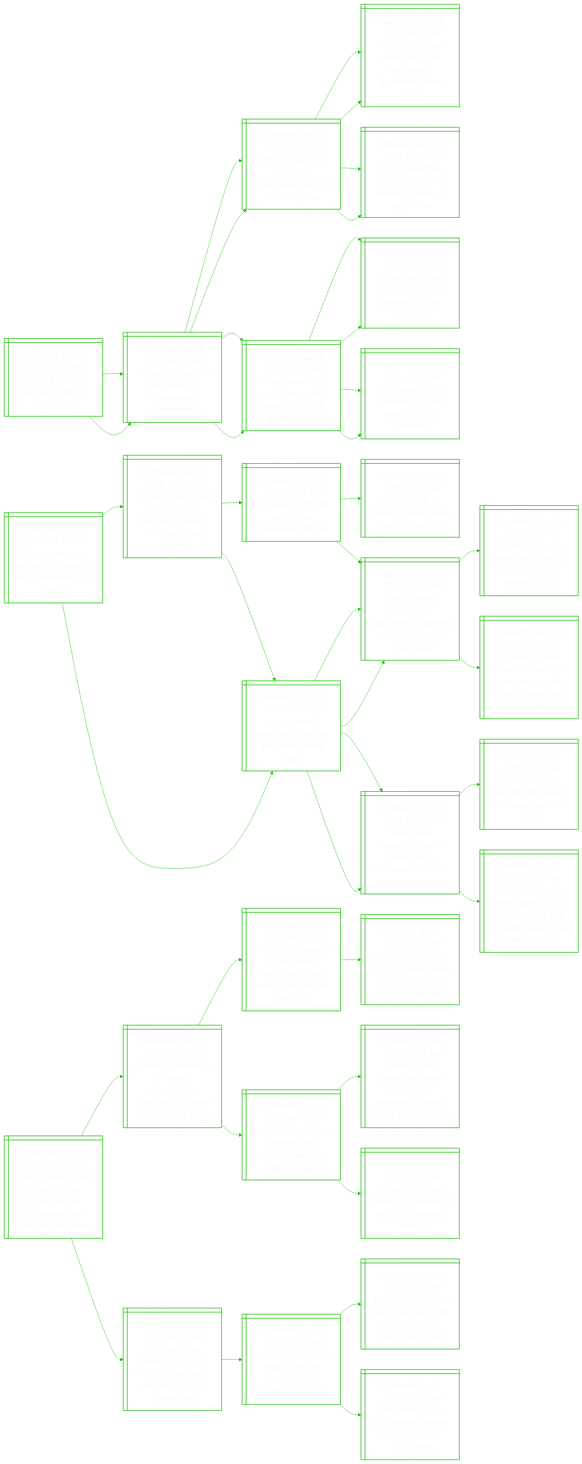
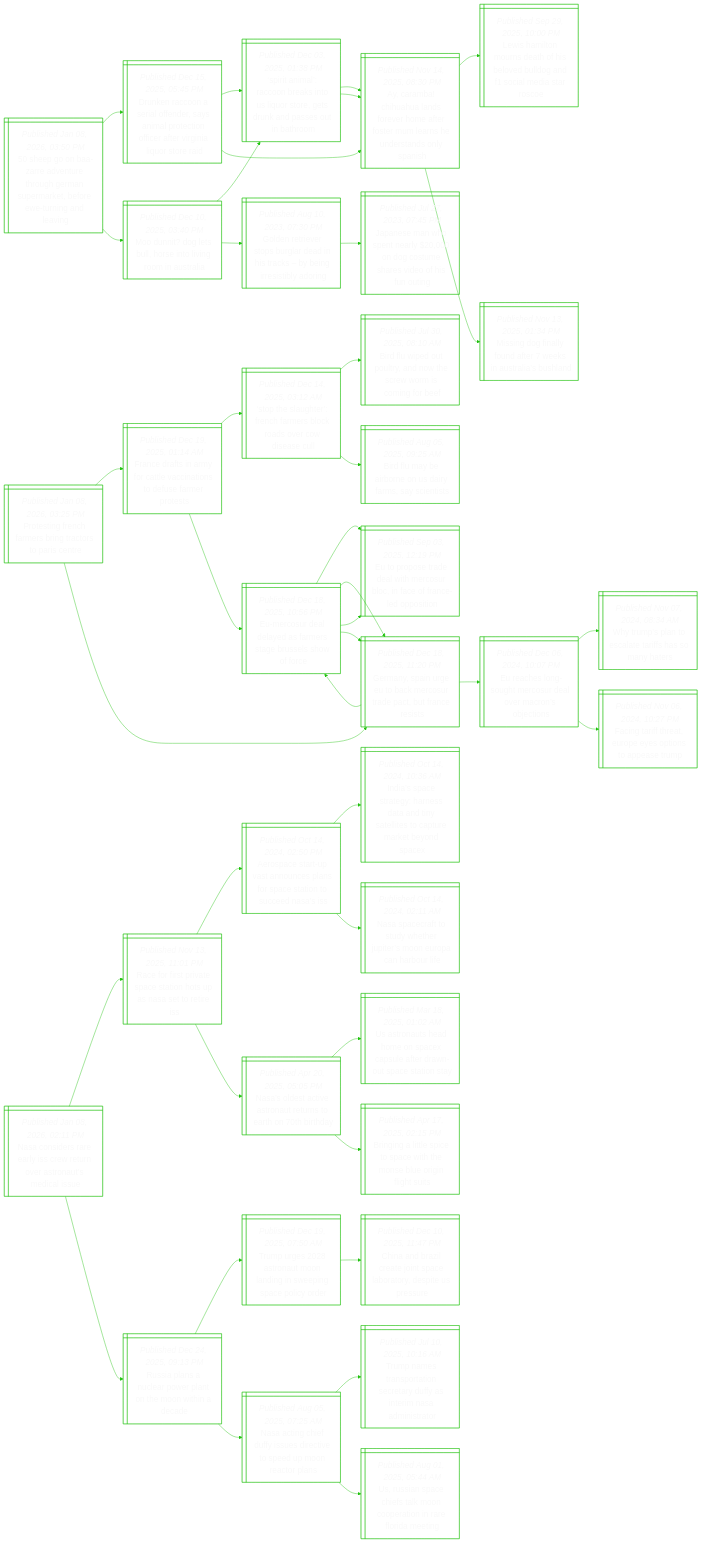
The diagram in README.md (notJmes/notJmes), drawn with Mermaid before and after one commit. The commit also changed other lines of this file, not shown here.

````diff
--- a/README.md
+++ b/README.md
@@ -16,130 +16,130 @@
 flowchart LR
 classDef txtsize font-size:20px;
 
-WsNayelo@{ shape: win-pane, label: "_Published Jan 08, 2026, 11:50 AM_
-What is the unfccc and why is the us pulling out?" }
-TwrSdsttlni@{ shape: win-pane, label: "_Published Jan 08, 2026, 06:46 AM_
-Trump withdraws us from dozens of international organisations" }
-WHdWTOiomodu@{ shape: win-pane, label: "_Published Sep 04, 2025, 09:05 AM_
-White house drops world trade organisation from list of funding cuts" }
-Frhtsbusoomr@{ shape: win-pane, label: "_Published Sep 04, 2025, 08:26 AM_
-Fed survey shows strains felt by us businesses, households amid tariffs" }
-Tufcladegsdl@{ shape: win-pane, label: "_Published Sep 04, 2025, 05:15 AM_
-Trump unlawfully cancelled harvard’s research grants, us judge rules" }
-Tbsregderts@{ shape: win-pane, label: "_Published Sep 24, 2025, 12:57 AM_
-Trump blasts un for not helping us-led peace efforts, but backs it 100%" }
-TtUtaastogl@{ shape: win-pane, label: "_Published Sep 24, 2025, 12:17 AM_
-Trump tells un that climate change is ‘greatest con job’ globally" }
-TwdrcWlytic@{ shape: win-pane, label: "_Published Sep 23, 2025, 11:37 PM_
-Trump warns drug traffickers: ‘we will blow you out of existence’" }
-TwrSdsttlni@{ shape: win-pane, label: "_Published Jan 08, 2026, 06:46 AM_
-Trump withdraws us from dozens of international organisations" }
-WHdWTOiomodu@{ shape: win-pane, label: "_Published Sep 04, 2025, 09:05 AM_
-White house drops world trade organisation from list of funding cuts" }
-Frhtsbusoomr@{ shape: win-pane, label: "_Published Sep 04, 2025, 08:26 AM_
-Fed survey shows strains felt by us businesses, households amid tariffs" }
-Tufcladegsdl@{ shape: win-pane, label: "_Published Sep 04, 2025, 05:15 AM_
-Trump unlawfully cancelled harvard’s research grants, us judge rules" }
-Tbsregderts@{ shape: win-pane, label: "_Published Sep 24, 2025, 12:57 AM_
-Trump blasts un for not helping us-led peace efforts, but backs it 100%" }
-TtUtaastogl@{ shape: win-pane, label: "_Published Sep 24, 2025, 12:17 AM_
-Trump tells un that climate change is ‘greatest con job’ globally" }
-TwdrcWlytic@{ shape: win-pane, label: "_Published Sep 23, 2025, 11:37 PM_
-Trump warns drug traffickers: ‘we will blow you out of existence’" }
+sgareeuruabeugeg@{ shape: win-pane, label: "_Published Jan 08, 2026, 03:50 PM_
+50 sheep go on baa-zarre adventure through german supermarket, before ewe-turning and leaving" }
+Decslnairtfrriisr@{ shape: win-pane, label: "_Published Dec 15, 2025, 05:45 PM_
+Drunken raccoon a serial offender, says animal protection officer after virginia liquor store raid" }
+StacriSorskaobo@{ shape: win-pane, label: "_Published Dec 03, 2025, 01:38 PM_
+‘spirit animal’: raccoon breaks into us liquor store, gets drunk and passes out in bathroom" }
+Aahhnrhfomaerdyi@{ shape: win-pane, label: "_Published Nov 14, 2025, 08:30 PM_
+Ay, caramba! chihuahua lands forever home after foster mum learns he understands only spanish" }
+Aahhnrhfomaerdyi@{ shape: win-pane, label: "_Published Nov 14, 2025, 08:30 PM_
+Ay, caramba! chihuahua lands forever home after foster mum learns he understands only spanish" }
+LHtuefedddidac@{ shape: win-pane, label: "_Published Sep 29, 2025, 10:00 PM_
+Lewis hamilton mourns death of his beloved bulldog and f1 social media star roscoe" }
+Mnflnekulun@{ shape: win-pane, label: "_Published Nov 13, 2025, 01:34 PM_
+Missing dog finally found after 7 weeks in australia’s bushland" }
+Mnoshiirnr@{ shape: win-pane, label: "_Published Dec 10, 2025, 03:40 PM_
+Moo dunnit? dog lets bull, horse into living room in australia" }
+StacriSorskaobo@{ shape: win-pane, label: "_Published Dec 03, 2025, 01:38 PM_
+‘spirit animal’: raccoon breaks into us liquor store, gets drunk and passes out in bathroom" }
+Aahhnrhfomaerdyi@{ shape: win-pane, label: "_Published Nov 14, 2025, 08:30 PM_
+Ay, caramba! chihuahua lands forever home after foster mum learns he understands only spanish" }
+Gnisbadskersyi@{ shape: win-pane, label: "_Published Aug 10, 2023, 07:30 PM_
+Golden retriever stops burglar dead in his tracks – by being irresistibly adoring" }
+Jenpeocmrdhnn@{ shape: win-pane, label: "_Published Jul 27, 2023, 07:45 PM_
+Japanese man who spent nearly $20,000 on dog costume shares video of his fun outing" }
 
-WsNayelo:::txtsize --> TwrSdsttlni:::txtsize
-TwrSdsttlni:::txtsize --> WHdWTOiomodu:::txtsize
-WHdWTOiomodu:::txtsize --> Frhtsbusoomr:::txtsize
-WHdWTOiomodu:::txtsize --> Tufcladegsdl:::txtsize
-TwrSdsttlni:::txtsize --> Tbsregderts:::txtsize
-Tbsregderts:::txtsize --> TtUtaastogl:::txtsize
-Tbsregderts:::txtsize --> TwdrcWlytic:::txtsize
-WsNayelo:::txtsize --> TwrSdsttlni:::txtsize
-TwrSdsttlni:::txtsize --> WHdWTOiomodu:::txtsize
-WHdWTOiomodu:::txtsize --> Frhtsbusoomr:::txtsize
-WHdWTOiomodu:::txtsize --> Tufcladegsdl:::txtsize
-TwrSdsttlni:::txtsize --> Tbsregderts:::txtsize
-Tbsregderts:::txtsize --> TtUtaastogl:::txtsize
-Tbsregderts:::txtsize --> TwdrcWlytic:::txtsize
+sgareeuruabeugeg:::txtsize --> Decslnairtfrriisr:::txtsize
+Decslnairtfrriisr:::txtsize --> StacriSorskaobo:::txtsize
+StacriSorskaobo:::txtsize --> Aahhnrhfomaerdyi:::txtsize
+Decslnairtfrriisr:::txtsize --> Aahhnrhfomaerdyi:::txtsize
+Aahhnrhfomaerdyi:::txtsize --> LHtuefedddidac:::txtsize
+Aahhnrhfomaerdyi:::txtsize --> Mnflnekulun:::txtsize
+sgareeuruabeugeg:::txtsize --> Mnoshiirnr:::txtsize
+Mnoshiirnr:::txtsize --> StacriSorskaobo:::txtsize
+StacriSorskaobo:::txtsize --> Aahhnrhfomaerdyi:::txtsize
+Mnoshiirnr:::txtsize --> Gnisbadskersyi:::txtsize
+Gnisbadskersyi:::txtsize --> Jenpeocmrdhnn:::txtsize
 
-RaUzfaieaeli@{ shape: win-pane, label: "_Published Jan 08, 2026, 11:33 AM_
-Russia says us seizure of oil tanker is illegal, lawmaker calls it piracy" }
-Uznlksfetrrspi@{ shape: win-pane, label: "_Published Jan 07, 2026, 10:41 PM_
-Us seizes venezuela-linked, russian-flagged oil tanker after weeks-long pursuit" }
-Ustonenlis@{ shape: win-pane, label: "_Published Dec 21, 2025, 11:56 PM_
-Us pursuing third oil tanker near venezuela: officials" }
-Uettreeofay@{ shape: win-pane, label: "_Published Dec 21, 2025, 12:31 AM_
-Us intercepts oil tanker off venezuelan coast, officials say" }
-Toskftdasitgz@{ shape: win-pane, label: "_Published Dec 17, 2025, 08:34 AM_
-Trump orders blockade of sanctioned oil tankers leaving, entering venezuela" }
-UtVuMorkms@{ shape: win-pane, label: "_Published Jan 03, 2026, 02:58 PM_
-Us captured venezuela’s maduro after strike, trump says" }
-Vuoilranhibai@{ shape: win-pane, label: "_Published Oct 10, 2025, 05:02 PM_
-Venezuelan opposition leader maria corina machado wins 2025 nobel peace prize" }
-Toskftdasitgz@{ shape: win-pane, label: "_Published Dec 17, 2025, 08:34 AM_
-Trump orders blockade of sanctioned oil tankers leaving, entering venezuela" }
-UtVuMorkms@{ shape: win-pane, label: "_Published Jan 03, 2026, 02:58 PM_
-Us captured venezuela’s maduro after strike, trump says" }
-Vuoilranhibai@{ shape: win-pane, label: "_Published Oct 10, 2025, 05:02 PM_
-Venezuelan opposition leader maria corina machado wins 2025 nobel peace prize" }
-TsonoeroelS@{ shape: win-pane, label: "_Published Oct 01, 2025, 05:12 AM_
-Trump says not winning nobel peace prize would be ‘insult’ to us" }
-TssHaossaaorslaoe@{ shape: win-pane, label: "_Published Oct 09, 2025, 05:09 AM_
-Trump says israel, hamas agree on first phase of gaza deal, allowing release of all israeli hostages" }
-Toskftdasitgz@{ shape: win-pane, label: "_Published Dec 17, 2025, 08:34 AM_
-Trump orders blockade of sanctioned oil tankers leaving, entering venezuela" }
-Uistitktvlanf@{ shape: win-pane, label: "_Published Dec 16, 2025, 11:09 AM_
-Us military says it carried out strikes on three vessels in eastern pacific" }
-Uznenltrwtphoon@{ shape: win-pane, label: "_Published Dec 13, 2025, 11:10 AM_
-Us seized tanker near venezuela just as warrant was set to expire, shows court document" }
+PsFheiasrn@{ shape: win-pane, label: "_Published Jan 08, 2026, 03:25 PM_
+Protesting french farmers bring tractors to paris centre" }
+Fetrrlciosmos@{ shape: win-pane, label: "_Published Dec 19, 2025, 01:14 AM_
+France drafts in army for cattle vaccinations to defuse farmer protests" }
+Shurcmlovwal@{ shape: win-pane, label: "_Published Dec 14, 2025, 03:12 AM_
+‘stop the slaughter’: french farmers block roads over cow disease cull" }
+Bleprnewiir@{ shape: win-pane, label: "_Published Jul 30, 2025, 08:10 AM_
+Bird flu wiped out poultry, and now the screw worm is coming for beef" }
+Blbboaaaet@{ shape: win-pane, label: "_Published Aug 05, 2025, 09:25 AM_
+Bird flu may be airborne on us dairy farms, say scientists" }
+EcdedrsBeoo@{ shape: win-pane, label: "_Published Dec 18, 2025, 10:56 PM_
+Eu-mercosur deal delayed as farmers stage brussels show of force" }
+Ereeweuccrlpi@{ shape: win-pane, label: "_Published Sep 03, 2025, 12:19 PM_
+Eu to propose trade deal with mercosur bloc, in face of france-led opposition" }
+Gniebeudtrrt@{ shape: win-pane, label: "_Published Dec 18, 2025, 11:20 PM_
+Germany, spain urge eu to back mercosur trade pact, but france resists" }
+Gniebeudtrrt@{ shape: win-pane, label: "_Published Dec 18, 2025, 11:20 PM_
+Germany, spain urge eu to back mercosur trade pact, but france resists" }
+EcdedrsBeoo@{ shape: win-pane, label: "_Published Dec 18, 2025, 10:56 PM_
+Eu-mercosur deal delayed as farmers stage brussels show of force" }
+Ereeweuccrlpi@{ shape: win-pane, label: "_Published Sep 03, 2025, 12:19 PM_
+Eu to propose trade deal with mercosur bloc, in face of france-led opposition" }
+Gniebeudtrrt@{ shape: win-pane, label: "_Published Dec 18, 2025, 11:20 PM_
+Germany, spain urge eu to back mercosur trade pact, but france resists" }
+EcoueulMnen@{ shape: win-pane, label: "_Published Dec 06, 2024, 10:07 PM_
+Eu reaches long-sought mercosur deal over macron’s objections" }
+Wulearhma@{ shape: win-pane, label: "_Published Nov 07, 2024, 08:34 AM_
+Why trump’s plan to escalate tariffs has so many haters" }
+Fgferytter@{ shape: win-pane, label: "_Published Nov 06, 2024, 10:27 PM_
+Facing tariff threat, europe eyes options to appease trump" }
 
-RaUzfaieaeli:::txtsize --> Uznlksfetrrspi:::txtsize
-Uznlksfetrrspi:::txtsize --> Ustonenlis:::txtsize
-Ustonenlis:::txtsize --> Uettreeofay:::txtsize
-Ustonenlis:::txtsize --> Toskftdasitgz:::txtsize
-Uznlksfetrrspi:::txtsize --> UtVuMorkms:::txtsize
-UtVuMorkms:::txtsize --> Vuoilranhibai:::txtsize
-UtVuMorkms:::txtsize --> Toskftdasitgz:::txtsize
-RaUzfaieaeli:::txtsize --> UtVuMorkms:::txtsize
-UtVuMorkms:::txtsize --> Vuoilranhibai:::txtsize
-Vuoilranhibai:::txtsize --> TsonoeroelS:::txtsize
-Vuoilranhibai:::txtsize --> TssHaossaaorslaoe:::txtsize
-UtVuMorkms:::txtsize --> Toskftdasitgz:::txtsize
-Toskftdasitgz:::txtsize --> Uistitktvlanf:::txtsize
-Toskftdasitgz:::txtsize --> Uznenltrwtphoon:::txtsize
+PsFheiasrn:::txtsize --> Fetrrlciosmos:::txtsize
+Fetrrlciosmos:::txtsize --> Shurcmlovwal:::txtsize
+Shurcmlovwal:::txtsize --> Bleprnewiir:::txtsize
+Shurcmlovwal:::txtsize --> Blbboaaaet:::txtsize
+Fetrrlciosmos:::txtsize --> EcdedrsBeoo:::txtsize
+EcdedrsBeoo:::txtsize --> Ereeweuccrlpi:::txtsize
+EcdedrsBeoo:::txtsize --> Gniebeudtrrt:::txtsize
+PsFheiasrn:::txtsize --> Gniebeudtrrt:::txtsize
+Gniebeudtrrt:::txtsize --> EcdedrsBeoo:::txtsize
+EcdedrsBeoo:::txtsize --> Ereeweuccrlpi:::txtsize
+EcdedrsBeoo:::txtsize --> Gniebeudtrrt:::txtsize
+Gniebeudtrrt:::txtsize --> EcoueulMnen:::txtsize
+EcoueulMnen:::txtsize --> Wulearhma:::txtsize
+EcoueulMnen:::txtsize --> Fgferytter:::txtsize
 
-ChdleUgicttiimp@{ shape: win-pane, label: "_Published Jan 08, 2026, 10:52 AM_
-China hacked e-mail systems of us congressional committee staff: financial times report" }
-Cseanarueainio@{ shape: win-pane, label: "_Published Jan 05, 2026, 12:10 PM_
-Chinese cyberattacks on taiwan infrastructure averaged 2.6 million a day in 2025: report" }
-Hirgripihaaado@{ shape: win-pane, label: "_Published Jul 19, 2025, 04:45 PM_
-How china’s growing cyber-hacking capabilities have raised alarm around the world" }
-Ccfrrpntbeiepm@{ shape: win-pane, label: "_Published Jul 18, 2025, 07:34 PM_
-Critical infrastructure in s’pore under attack by cyber espionage group: shanmugam" }
-Tncshercroel@{ shape: win-pane, label: "_Published Oct 14, 2025, 04:45 PM_
-Taiwan detects rise in chinese cyber attacks, warns of ‘online troll army’" }
-Cseanaenrmoyp@{ shape: win-pane, label: "_Published Jan 06, 2025, 01:21 PM_
-Chinese cyber attacks on taiwan government averaged 2.4 million a day in 2024: report" }
-Cosrdhraeama@{ shape: win-pane, label: "_Published Jun 05, 2025, 09:11 AM_
-China offers cash rewards for hackers it says are taiwanese military" }
-Cskcucroibedd@{ shape: win-pane, label: "_Published Dec 05, 2025, 06:10 AM_
-Chinese-linked hackers use back door for potential ‘sabotage’, us and canada say" }
-HriIacsadlas@{ shape: win-pane, label: "_Published Nov 25, 2025, 07:40 AM_
-Hackers strike us ivy league schools already under political pressure" }
-Jemecmemtsbil@{ shape: win-pane, label: "_Published Oct 23, 2025, 11:30 AM_
-Japanese companies brace themselves for more attacks as cybercrimes climb" }
-CsaUeodoetis@{ shape: win-pane, label: "_Published Jul 30, 2025, 08:00 AM_
-China sees gaps in us defences, ousted national security official says" }
+Noerlceosaele@{ shape: win-pane, label: "_Published Jan 08, 2026, 02:11 PM_
+Nasa considers rare early iss crew return over astronaut’s medical issue" }
+RosvptnuattS@{ shape: win-pane, label: "_Published Nov 13, 2025, 11:01 PM_
+Race for first private space station hots up as nasa set to retire iss" }
+AptpanloctoesS@{ shape: win-pane, label: "_Published Oct 14, 2024, 02:50 PM_
+Aerospace start-up vast announces plans for space station to succeed nasa’s iss" }
+Isetasaneeaeeoa@{ shape: win-pane, label: "_Published Oct 14, 2024, 10:36 AM_
+India’s space strategy: harness data and tiny satellites to capture market beyond spacex" }
+NproyhpsEaar@{ shape: win-pane, label: "_Published Oct 14, 2024, 02:11 AM_
+Nasa spacecraft to study whether jupiter’s moon europa can harbour life" }
+NotvrtrEoia@{ shape: win-pane, label: "_Published Apr 20, 2025, 05:05 PM_
+Nasa’s oldest active astronaut returns to earth on 70th birthday" }
+Urtdocpadoaas@{ shape: win-pane, label: "_Published Mar 18, 2025, 01:02 AM_
+Us astronauts head home on spacex capsule after drawn-out space station stay" }
+Biistcholils@{ shape: win-pane, label: "_Published Apr 17, 2025, 02:15 PM_
+Bringing a little spice to space with the monse blue origin flight suits" }
+Raslolnotde@{ shape: win-pane, label: "_Published Dec 24, 2025, 09:13 PM_
+Russia plans a nuclear power plant on the moon within a decade" }
+Tuanoniespyr@{ shape: win-pane, label: "_Published Dec 19, 2025, 07:50 AM_
+Trump urges 2028 astronaut moon landing in sweeping space policy order" }
+Caarjsladtrr@{ shape: win-pane, label: "_Published Dec 10, 2025, 11:47 PM_
+China and brazil create joint space laboratory, despite us pressure" }
+NccDiscteoap@{ shape: win-pane, label: "_Published Aug 05, 2025, 07:25 AM_
+Nasa acting chief duffy issues directive to speed up moon reactor plans" }
+TnTpteafiiana@{ shape: win-pane, label: "_Published Jul 10, 2025, 10:16 AM_
+Trump names transportation secretary duffy as interim nasa administrator" }
+UsphtootnFdt@{ shape: win-pane, label: "_Published Aug 01, 2025, 05:44 AM_
+Us, russian space chiefs talk moon cooperation in rare florida meeting" }
 
-ChdleUgicttiimp:::txtsize --> Cseanarueainio:::txtsize
-Cseanarueainio:::txtsize --> Hirgripihaaado:::txtsize
-Hirgripihaaado:::txtsize --> Ccfrrpntbeiepm:::txtsize
-Cseanarueainio:::txtsize --> Tncshercroel:::txtsize
-Tncshercroel:::txtsize --> Cseanaenrmoyp:::txtsize
-Tncshercroel:::txtsize --> Cosrdhraeama:::txtsize
-ChdleUgicttiimp:::txtsize --> Cskcucroibedd:::txtsize
-Cskcucroibedd:::txtsize --> HriIacsadlas:::txtsize
-HriIacsadlas:::txtsize --> Jemecmemtsbil:::txtsize
-HriIacsadlas:::txtsize --> CsaUeodoetis:::txtsize
+Noerlceosaele:::txtsize --> RosvptnuattS:::txtsize
+RosvptnuattS:::txtsize --> AptpanloctoesS:::txtsize
+AptpanloctoesS:::txtsize --> Isetasaneeaeeoa:::txtsize
+AptpanloctoesS:::txtsize --> NproyhpsEaar:::txtsize
+RosvptnuattS:::txtsize --> NotvrtrEoia:::txtsize
+NotvrtrEoia:::txtsize --> Urtdocpadoaas:::txtsize
+NotvrtrEoia:::txtsize --> Biistcholils:::txtsize
+Noerlceosaele:::txtsize --> Raslolnotde:::txtsize
+Raslolnotde:::txtsize --> Tuanoniespyr:::txtsize
+Tuanoniespyr:::txtsize --> Caarjsladtrr:::txtsize
+Raslolnotde:::txtsize --> NccDiscteoap:::txtsize
+NccDiscteoap:::txtsize --> TnTpteafiiana:::txtsize
+NccDiscteoap:::txtsize --> UsphtootnFdt:::txtsize
 
 ```
````
